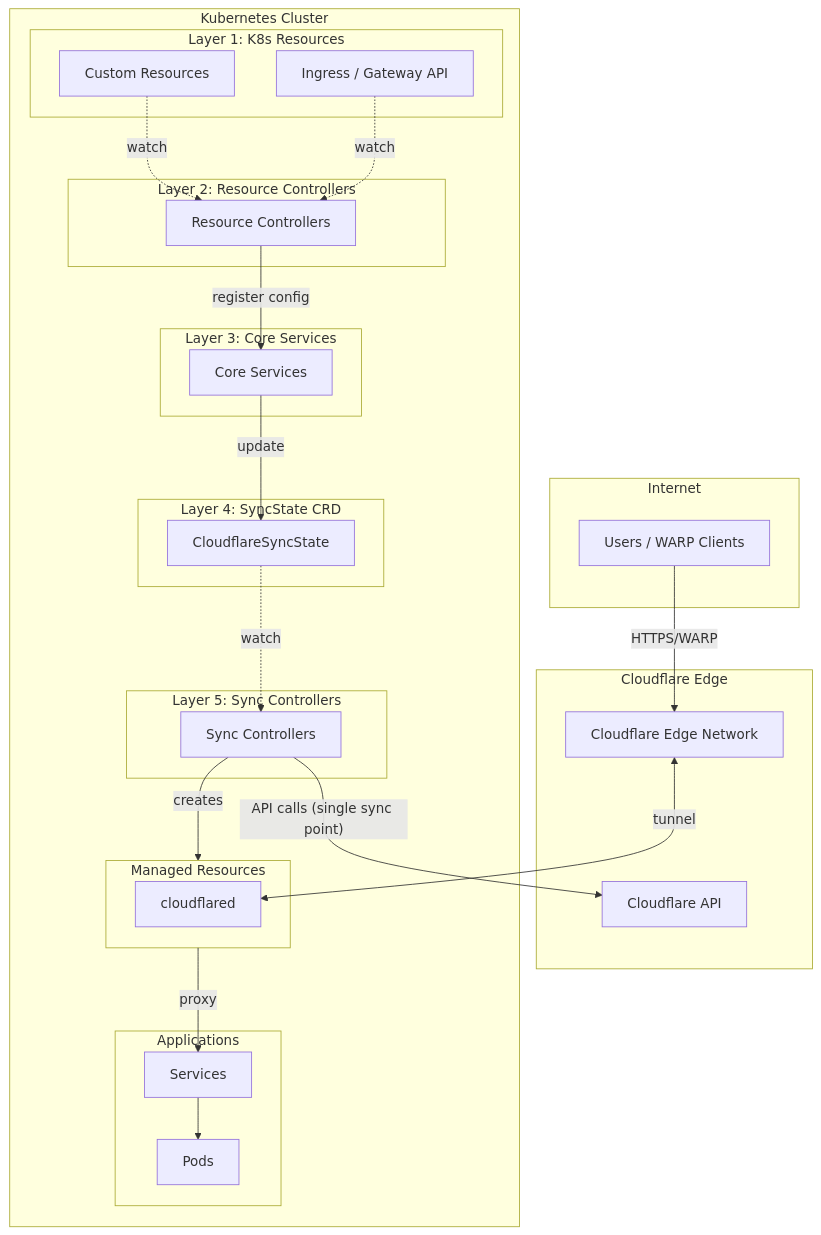
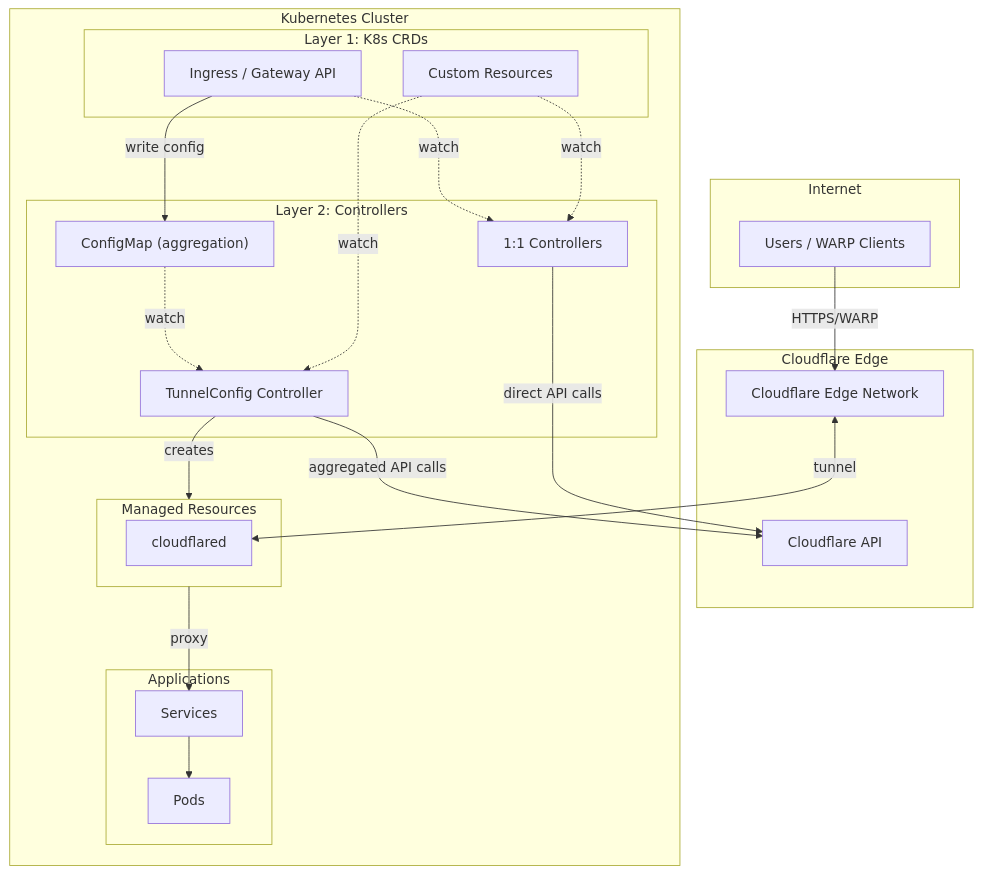
Before and after one commit to StringKe/cloudflare-operator: the diagram in docs/en/README.md, drawn with Mermaid. The commit also changed other lines of this file and 158 other files, not shown here.

First line of the commit message:
feat!: simplify architecture from six-layer SyncState to three-layer ConfigMap

````diff
--- a/docs/en/README.md
+++ b/docs/en/README.md
@@ -36,55 +36,46 @@
 ```mermaid
 flowchart TB
     subgraph Internet["Internet"]
         Users["Users / WARP Clients"]
     end
 
     subgraph Cloudflare["Cloudflare Edge"]
         Edge["Cloudflare Edge Network"]
         API["Cloudflare API"]
     end
 
     subgraph K8s["Kubernetes Cluster"]
-        subgraph Layer1["Layer 1: K8s Resources"]
+        subgraph Layer1["Layer 1: K8s CRDs"]
             CRDs["Custom Resources"]
             K8sNative["Ingress / Gateway API"]
         end
 
-        subgraph Layer2["Layer 2: Resource Controllers"]
-            RC["Resource Controllers"]
-        end
-
-        subgraph Layer3["Layer 3: Core Services"]
-            SVC["Core Services"]
-        end
-
-        subgraph Layer4["Layer 4: SyncState CRD"]
-            SyncState["CloudflareSyncState"]
-        end
-
-        subgraph Layer5["Layer 5: Sync Controllers"]
-            SC["Sync Controllers"]
+        subgraph Layer2["Layer 2: Controllers"]
+            RC["1:1 Controllers"]
+            TC["TunnelConfig Controller"]
+            CM["ConfigMap (aggregation)"]
         end
 
         subgraph Managed["Managed Resources"]
             Deployment["cloudflared"]
         end
 
         subgraph App["Applications"]
             Service["Services"]
             Pod["Pods"]
         end
     end
 
     CRDs -.->|watch| RC
     K8sNative -.->|watch| RC
-    RC -->|register config| SVC
-    SVC -->|update| SyncState
-    SyncState -.->|watch| SC
-    SC -->|"API calls (single sync point)"| API
-    SC -->|creates| Managed
+    RC -->|direct API calls| API
+    CRDs -.->|watch| TC
+    K8sNative -->|write config| CM
+    CM -.->|watch| TC
+    TC -->|aggregated API calls| API
+    TC -->|creates| Managed
     Managed -->|proxy| Service
     Service --> Pod
     Users -->|HTTPS/WARP| Edge
     Edge <-->|tunnel| Deployment
 ```
````
